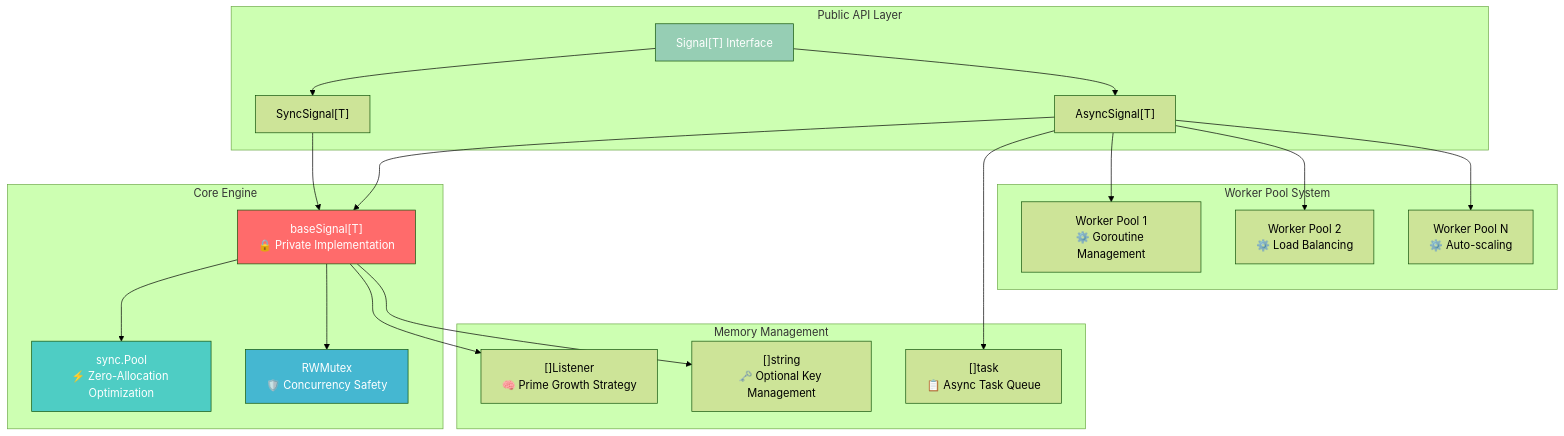
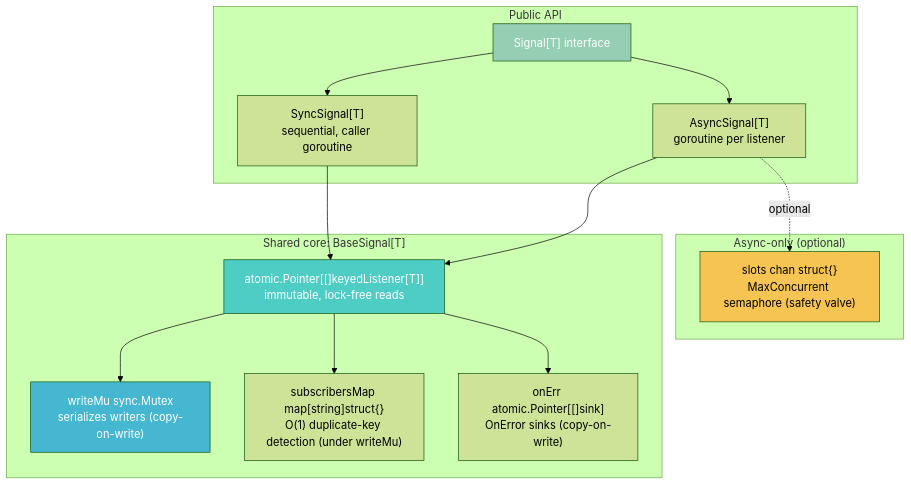
Before and after one commit to maniartech/signals: the first of 2 diagrams in docs/architecture.md, drawn with Mermaid (forest theme). The commit also changed other lines of this file and 9 other files, not shown here.

````diff
--- a/docs/architecture.md
+++ b/docs/architecture.md
@@ -18,44 +27,33 @@
 ```mermaid
 graph TB
-    subgraph "Public API Layer"
-        API["Signal[T] Interface"]
-        SYNC["SyncSignal[T]"]
-        ASYNC["AsyncSignal[T]"]
+    subgraph "Public API"
+        API["Signal[T] interface"]
+        SYNC["SyncSignal[T]<br/>sequential, caller goroutine"]
+        ASYNC["AsyncSignal[T]<br/>goroutine per listener"]
     end
 
-    subgraph "Core Engine"
-        BASE["baseSignal[T]<br/>🔒 Private Implementation"]
-        POOL["sync.Pool<br/>⚡ Zero-Allocation Optimization"]
-        MUTEX["RWMutex<br/>🛡️ Concurrency Safety"]
+    subgraph "Shared core: BaseSignal[T]"
+        PTR["atomic.Pointer[[]keyedListener[T]]<br/>immutable, lock-free reads"]
+        WMU["writeMu sync.Mutex<br/>serializes writers (copy-on-write)"]
+        SMAP["subscribersMap map[string]struct{}<br/>O(1) duplicate-key detection (under writeMu)"]
+        ONERR["onErr atomic.Pointer[[]sink]<br/>OnError sinks (copy-on-write)"]
     end
 
-    subgraph "Memory Management"
-        LISTENERS["[]Listener<br/>🧠 Prime Growth Strategy"]
-        KEYS["[]string<br/>🗝️ Optional Key Management"]
-        TASKS["[]task<br/>📋 Async Task Queue"]
-    end
-
-    subgraph "Worker Pool System"
-        WP1["Worker Pool 1<br/>⚙️ Goroutine Management"]
-        WP2["Worker Pool 2<br/>⚙️ Load Balancing"]
-        WPN["Worker Pool N<br/>⚙️ Auto-scaling"]
+    subgraph "Async-only (optional)"
+        SEM["slots chan struct{}<br/>MaxConcurrent semaphore (safety valve)"]
     end
 
     API --> SYNC
     API --> ASYNC
-    SYNC --> BASE
-    ASYNC --> BASE
-    BASE --> POOL
-    BASE --> MUTEX
-    BASE --> LISTENERS
-    BASE --> KEYS
-    ASYNC --> TASKS
-    ASYNC --> WP1
-    ASYNC --> WP2
-    ASYNC --> WPN
+    SYNC --> PTR
+    ASYNC --> PTR
+    PTR --> WMU
+    PTR --> SMAP
+    PTR --> ONERR
+    ASYNC -.optional.-> SEM
 
-    style BASE fill:#ff6b6b,color:#fff
-    style POOL fill:#4ecdc4,color:#fff
-    style MUTEX fill:#45b7d1,color:#fff
+    style PTR fill:#4ecdc4,color:#fff
+    style WMU fill:#45b7d1,color:#fff
     style API fill:#96ceb4,color:#fff
+    style SEM fill:#f6c453,color:#000
 ```
````
